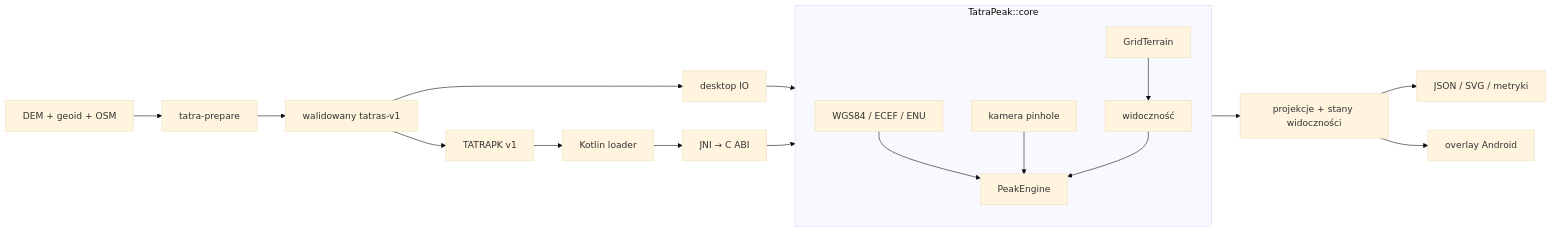
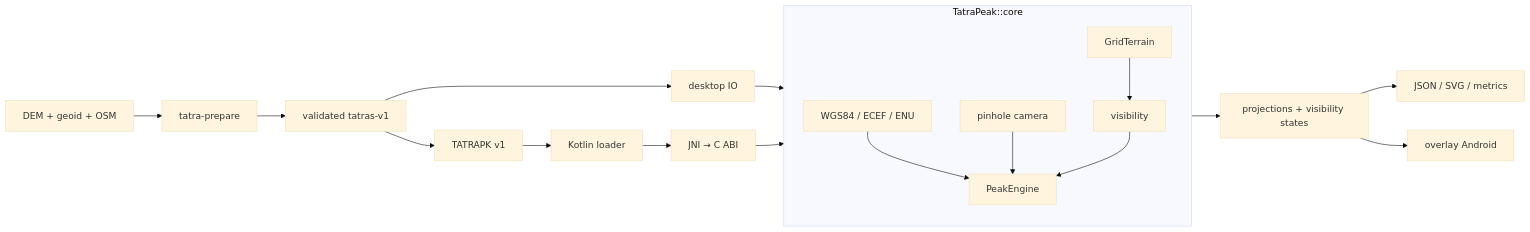
One commit to TomAsh97e/TatraPeak changed the diagram in README.md. Above: the diagram before and after it, drawn with Mermaid (base theme). The commit also changed other lines of this file, not shown here.

```diff
--- a/README.md
+++ b/README.md
@@ -46,25 +42,25 @@
 ~~~mermaid
 flowchart LR
     RAW["DEM + geoid + OSM"] --> PREP["tatra-prepare"]
-    PREP --> PACK["walidowany tatras-v1"]
+    PREP --> PACK["validated tatras-v1"]
     PACK --> IO["desktop IO"]
     PACK --> TPK["TATRAPK v1"]
 
     subgraph CORE["TatraPeak::core"]
         GEO["WGS84 / ECEF / ENU"]
-        CAMERA["kamera pinhole"]
+        CAMERA["pinhole camera"]
         TERRAIN["GridTerrain"]
-        VIS["widoczność"]
+        VIS["visibility"]
         ENGINE["PeakEngine"]
         GEO --> ENGINE
         CAMERA --> ENGINE
         TERRAIN --> VIS --> ENGINE
     end
 
     IO --> CORE
     TPK --> ANDROID["Kotlin loader"]
     ANDROID --> JNI["JNI → C ABI"] --> CORE
-    CORE --> RESULT["projekcje + stany widoczności"]
-    RESULT --> SVG["JSON / SVG / metryki"]
+    CORE --> RESULT["projections + visibility states"]
+    RESULT --> SVG["JSON / SVG / metrics"]
     RESULT --> UI["overlay Android"]
 ~~~
```
